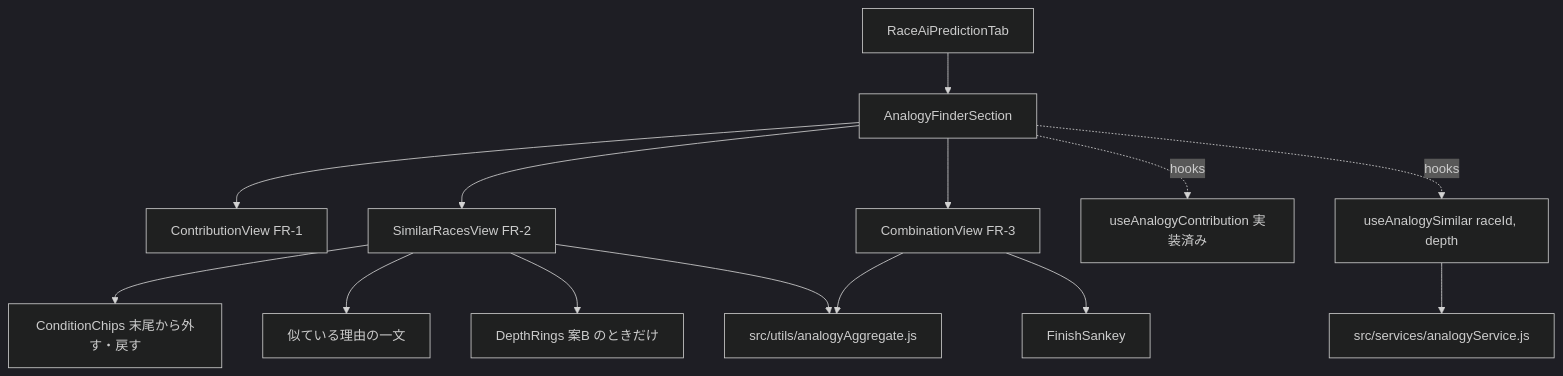
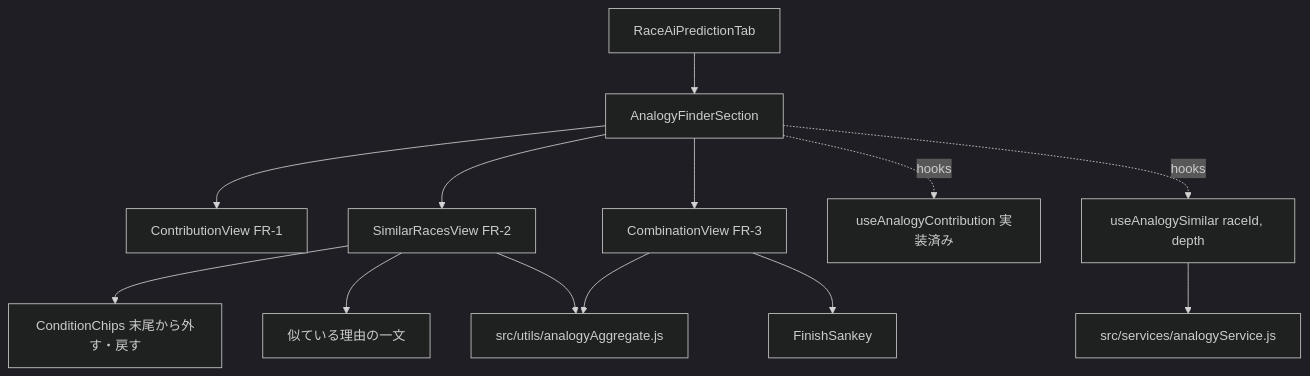
Before and after one commit to rhapsody0919/boatrace-ai-predictor: the third of 3 diagrams in docs/design/analogy-finder/plan.md, drawn with Mermaid (dark theme). The commit also changed other lines of this file and 7 other files, not shown here.

````diff
--- a/docs/design/analogy-finder/plan.md
+++ b/docs/design/analogy-finder/plan.md
@@ -192,16 +197,15 @@
 ```mermaid
 flowchart TD
   Tab[RaceAiPredictionTab] --> Sec[AnalogyFinderSection]
   Sec --> C[ContributionView FR-1]
   Sec --> SR[SimilarRacesView FR-2]
   SR --> CH[ConditionChips 末尾から外す・戻す]
   SR --> RS[似ている理由の一文]
-  SR --> RG[DepthRings 案B のときだけ]
   Sec --> CO[CombinationView FR-3]
   CO --> SK[FinishSankey]
   Sec -. hooks .-> H1[useAnalogyContribution 実装済み]
   Sec -. hooks .-> H2[useAnalogySimilar raceId, depth]
   H2 --> SV[src/services/analogyService.js]
   SR --> AG[src/utils/analogyAggregate.js]
   CO --> AG
 ```
````
